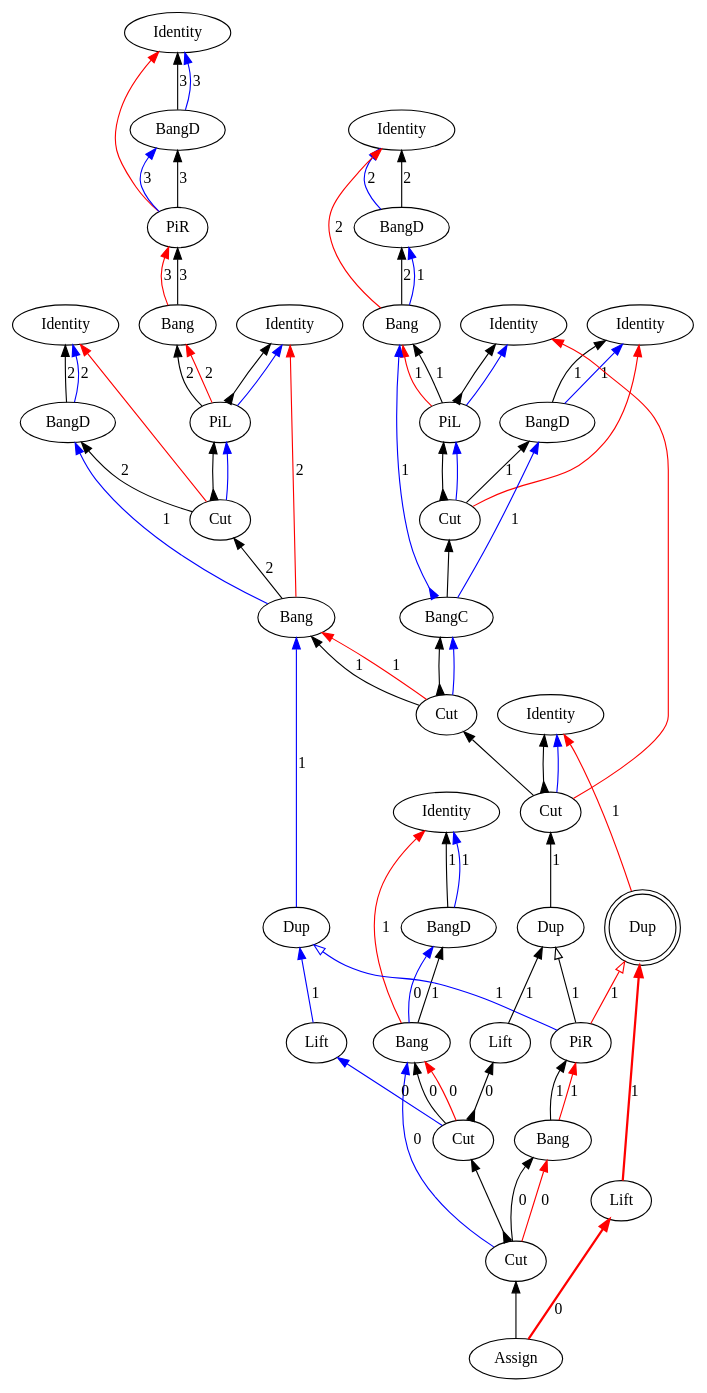
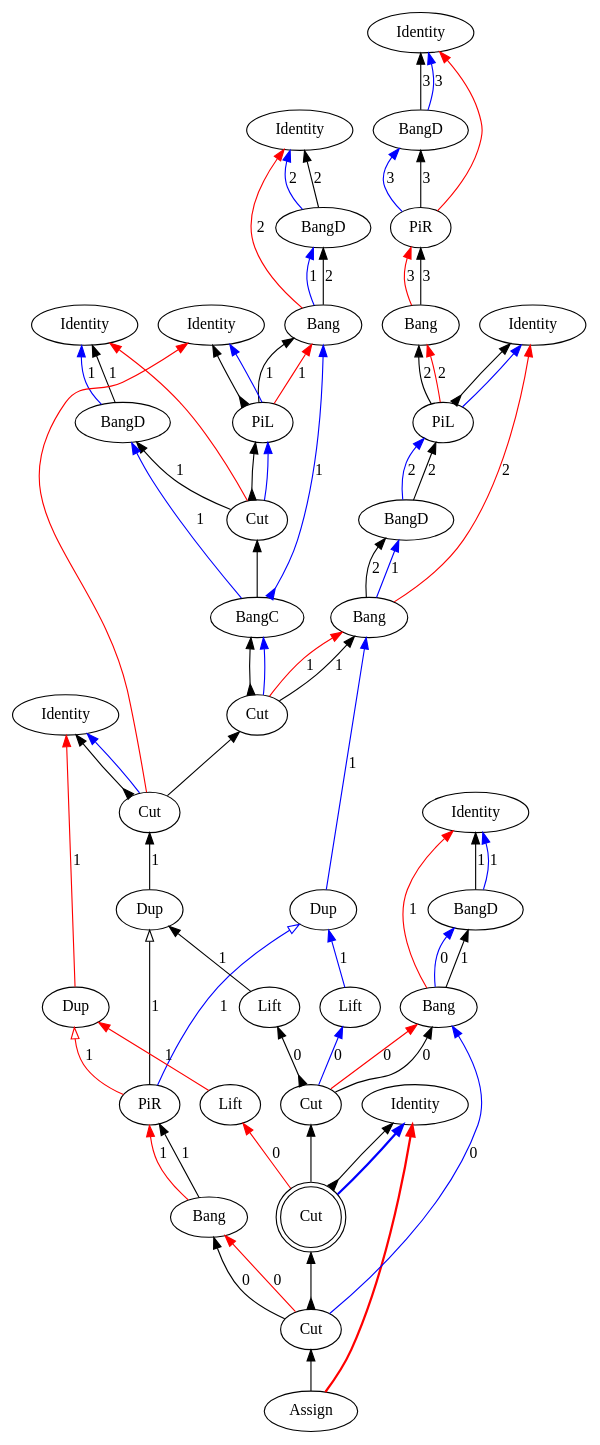
The diagram in src/core/graphs/example_m_12.dot (Mathnerd314/stroscot), drawn with Graphviz before and after one commit. The commit also changed 37 other files, not shown here.

```diff
--- a/src/core/graphs/example_m_12.dot
+++ b/src/core/graphs/example_m_12.dot
@@ -6,106 +6,106 @@
 "Bang3" [label="Bang"]
 "Identity4" [label="Identity"]
 "PiL5" [label="PiL"]
-"Identity6" [label="Identity"]
-"BangD7" [label="BangD"]
-"Cut8" [label="Cut"]
-"Bang9" [label="Bang"]
-"Identity10" [label="Identity"]
-"Identity11" [label="Identity"]
-"BangD12" [label="BangD"]
-"Bang13" [label="Bang"]
+"BangD6" [label="BangD"]
+"Bang7" [label="Bang"]
+"Identity8" [label="Identity"]
+"Identity9" [label="Identity"]
+"BangD10" [label="BangD"]
+"Bang11" [label="Bang"]
+"Identity12" [label="Identity"]
+"PiL13" [label="PiL"]
 "Identity14" [label="Identity"]
-"PiL15" [label="PiL"]
-"Identity16" [label="Identity"]
-"BangD17" [label="BangD"]
-"Cut18" [label="Cut"]
-"BangC19" [label="BangC"]
-"Identity20" [label="Identity"]
-"BangD21" [label="BangD"]
-"Bang22" [label="Bang"]
-"Assign23" [label="Assign"]
+"BangD15" [label="BangD"]
+"Cut16" [label="Cut"]
+"BangC17" [label="BangC"]
+"Identity18" [label="Identity"]
+"BangD19" [label="BangD"]
+"Bang20" [label="Bang"]
+"Identity21" [label="Identity"]
+"Assign22" [label="Assign"]
+"Cut23" [label="Cut"]
 "Cut24" [label="Cut"]
-"Cut25" [label="Cut"]
-"Bang26" [label="Bang"]
-"Cut27" [label="Cut"]
-"PiR28" [label="PiR"]
+"Bang25" [label="Bang"]
+"Cut26" [label="Cut"]
+"PiR27" [label="PiR"]
+"Dup28" [label="Dup"]
 "Dup29" [label="Dup"]
 "Dup30" [label="Dup"]
-"Dup31" [label="Dup",shape=doublecircle]
+"Lift31" [label="Lift"]
 "Lift32" [label="Lift"]
 "Lift33" [label="Lift"]
-"Lift34" [label="Lift"]
-"Cut35" [label="Cut"]
-"Bang22" -> "BangD21"[color=black,weight=5,tooltip="c_bseq24",label="1",arrowhead=normal,arrowtail=none,dir=both]
-"Bang13" -> "BangD12"[color=black,weight=5,tooltip="c_bseq58",label="2",arrowhead=normal,arrowtail=none,dir=both]
-"Bang9" -> "Cut8"[color=black,weight=5,tooltip="c_bseq67",label="2",arrowhead=normal,arrowtail=none,dir=both]
+"Cut34" [label="Cut"]
+"Cut35" [label="Cut",shape=doublecircle]
+"Bang20" -> "BangD19"[color=black,weight=5,tooltip="c_bseq24",label="1",arrowhead=normal,arrowtail=none,dir=both]
+"Bang11" -> "BangD10"[color=black,weight=5,tooltip="c_bseq58",label="2",arrowhead=normal,arrowtail=none,dir=both]
+"Bang7" -> "BangD6"[color=black,weight=5,tooltip="c_bseq67",label="2",arrowhead=normal,arrowtail=none,dir=both]
 "Bang3" -> "PiR2"[color=black,weight=5,tooltip="c_bseq79",label="3",arrowhead=normal,arrowtail=none,dir=both]
-"Bang26" -> "PiR28"[color=black,weight=5,tooltip="c_bseq91",label="1",arrowhead=normal,arrowtail=none,dir=both]
-"Cut18" -> "PiL15"[color=black,weight=5,tooltip="c_lseq46",arrowhead=normal,arrowtail=inv,dir=both]
-"Cut8" -> "PiL5"[color=black,weight=5,tooltip="c_lseq68",arrowhead=normal,arrowtail=inv,dir=both]
-"Cut18" -> "BangD17"[color=black,weight=5,tooltip="c_rseq47",label="1",arrowhead=normal,arrowtail=none,dir=both]
-"Cut8" -> "BangD7"[color=black,weight=5,tooltip="c_rseq69",label="2",arrowhead=normal,arrowtail=none,dir=both]
-"Cut35" -> "Bang22"[color=black,weight=5,tooltip="dseq20",label="0",arrowhead=normal,arrowtail=none,dir=both]
-"PiL15" -> "Bang13"[color=black,weight=5,tooltip="dseq54",label="1",arrowhead=normal,arrowtail=none,dir=both]
-"Cut24" -> "Bang9"[color=black,weight=5,tooltip="dseq63",label="1",arrowhead=normal,arrowtail=none,dir=both]
+"Bang25" -> "PiR27"[color=black,weight=5,tooltip="c_bseq91",label="1",arrowhead=normal,arrowtail=none,dir=both]
+"Cut16" -> "PiL13"[color=black,weight=5,tooltip="c_lseq46",arrowhead=normal,arrowtail=inv,dir=both]
+"Cut16" -> "BangD15"[color=black,weight=5,tooltip="c_rseq47",label="1",arrowhead=normal,arrowtail=none,dir=both]
+"Cut34" -> "Bang20"[color=black,weight=5,tooltip="dseq20",label="0",arrowhead=normal,arrowtail=none,dir=both]
+"PiL13" -> "Bang11"[color=black,weight=5,tooltip="dseq54",label="1",arrowhead=normal,arrowtail=none,dir=both]
+"Cut23" -> "Bang7"[color=black,weight=5,tooltip="dseq63",label="1",arrowhead=normal,arrowtail=none,dir=both]
 "PiL5" -> "Bang3"[color=black,weight=5,tooltip="dseq76",label="2",arrowhead=normal,arrowtail=none,dir=both]
-"Cut27" -> "Bang26"[color=black,weight=5,tooltip="dseq93",label="0",arrowhead=normal,arrowtail=none,dir=both]
-"Lift33" -> "Dup30"[color=blue,weight=2,tooltip="h101",label="1",arrowhead=normal,arrowtail=none,dir=both]
-"PiR28" -> "Dup30"[color=blue,weight=2,tooltip="h105",label="1",arrowhead=onormal,arrowtail=none,dir=both]
-"Cut35" -> "Lift33"[color=blue,weight=2,tooltip="h109",label="0",arrowhead=normal,arrowtail=none,dir=both]
-"Dup30" -> "Bang9"[color=blue,weight=2,tooltip="h34",label="1",arrowhead=normal,arrowtail=none,dir=both]
-"Bang9" -> "BangD7"[color=blue,weight=2,tooltip="hf65",label="1",arrowhead=normal,arrowtail=none,dir=both]
-"BangD7" -> "Identity6"[color=blue,weight=2,tooltip="hret73",label="2",arrowhead=normal,arrowtail=none,dir=both]
-"BangD7" -> "Identity6"[color=black,weight=5,tooltip="hseq72",label="2",arrowhead=normal,arrowtail=none,dir=both]
+"Cut26" -> "Bang25"[color=black,weight=5,tooltip="dseq93",label="0",arrowhead=normal,arrowtail=none,dir=both]
+"Lift32" -> "Dup29"[color=blue,weight=2,tooltip="h101",label="1",arrowhead=normal,arrowtail=none,dir=both]
+"PiR27" -> "Dup29"[color=blue,weight=2,tooltip="h105",label="1",arrowhead=onormal,arrowtail=none,dir=both]
+"Cut34" -> "Lift32"[color=blue,weight=2,tooltip="h109",label="0",arrowhead=normal,arrowtail=none,dir=both]
+"Dup29" -> "Bang7"[color=blue,weight=2,tooltip="h34",label="1",arrowhead=normal,arrowtail=none,dir=both]
+"Bang7" -> "BangD6"[color=blue,weight=2,tooltip="hf65",label="1",arrowhead=normal,arrowtail=none,dir=both]
+"BangD6" -> "PiL5"[color=black,weight=5,tooltip="hseq72",label="2",arrowhead=normal,arrowtail=none,dir=both]
 "PiR2" -> "BangD1"[color=blue,weight=2,tooltip="i81",label="3",arrowhead=normal,arrowtail=none,dir=both]
-"PiL15" -> "Identity14"[color=black,weight=5,tooltip="idseq55",arrowhead=normal,arrowtail=inv,dir=both]
-"Cut25" -> "Identity10"[color=black,weight=5,tooltip="idseq64",arrowhead=normal,arrowtail=inv,dir=both]
+"Cut35" -> "Identity21"[color=black,weight=5,tooltip="idseq21",arrowhead=normal,arrowtail=inv,dir=both]
+"PiL13" -> "Identity12"[color=black,weight=5,tooltip="idseq55",arrowhead=normal,arrowtail=inv,dir=both]
+"Cut24" -> "Identity8"[color=black,weight=5,tooltip="idseq64",arrowhead=normal,arrowtail=inv,dir=both]
 "PiL5" -> "Identity4"[color=black,weight=5,tooltip="idseq77",arrowhead=normal,arrowtail=inv,dir=both]
 "BangD1" -> "Identity0"[color=blue,weight=2,tooltip="iret84",label="3",arrowhead=normal,arrowtail=none,dir=both]
 "BangD1" -> "Identity0"[color=black,weight=5,tooltip="iseq83",label="3",arrowhead=normal,arrowtail=none,dir=both]
-"PiL15" -> "Identity14"[color=blue,weight=2,tooltip="lret53",arrowhead=normal,arrowtail=none,dir=both]
-"Cut25" -> "Identity10"[color=blue,weight=2,tooltip="lret62",arrowhead=normal,arrowtail=none,dir=both]
+"Cut35" -> "Identity21"[color=blue,weight=2,tooltip="lret19",arrowhead=normal,arrowtail=none,penwidth=2,dir=both]
+"PiL13" -> "Identity12"[color=blue,weight=2,tooltip="lret53",arrowhead=normal,arrowtail=none,dir=both]
+"Cut24" -> "Identity8"[color=blue,weight=2,tooltip="lret62",arrowhead=normal,arrowtail=none,dir=both]
 "PiL5" -> "Identity4"[color=blue,weight=2,tooltip="lret75",arrowhead=normal,arrowtail=none,dir=both]
-"Cut18" -> "PiL15"[color=blue,weight=2,tooltip="lval48",arrowhead=normal,arrowtail=none,dir=both]
-"Cut8" -> "PiL5"[color=blue,weight=2,tooltip="lval70",arrowhead=normal,arrowtail=none,dir=both]
-"Cut35" -> "Bang22"[color=red,weight=2,tooltip="newrret18",label="0",arrowhead=normal,arrowtail=none,dir=both]
-"PiL15" -> "Bang13"[color=red,weight=2,tooltip="newrret52",label="1",arrowhead=normal,arrowtail=none,dir=both]
-"Cut24" -> "Bang9"[color=red,weight=2,tooltip="newrret61",label="1",arrowhead=normal,arrowtail=none,dir=both]
+"Cut16" -> "PiL13"[color=blue,weight=2,tooltip="lval48",arrowhead=normal,arrowtail=none,dir=both]
+"BangD6" -> "PiL5"[color=blue,weight=2,tooltip="lval70",label="2",arrowhead=normal,arrowtail=none,dir=both]
+"Cut34" -> "Bang20"[color=red,weight=2,tooltip="newrret18",label="0",arrowhead=normal,arrowtail=none,dir=both]
+"PiL13" -> "Bang11"[color=red,weight=2,tooltip="newrret52",label="1",arrowhead=normal,arrowtail=none,dir=both]
+"Cut23" -> "Bang7"[color=red,weight=2,tooltip="newrret61",label="1",arrowhead=normal,arrowtail=none,dir=both]
 "PiL5" -> "Bang3"[color=red,weight=2,tooltip="newrret74",label="2",arrowhead=normal,arrowtail=none,dir=both]
-"Cut27" -> "Bang26"[color=red,weight=2,tooltip="newrret94",label="0",arrowhead=normal,arrowtail=none,dir=both]
-"Bang22" -> "Identity20"[color=red,weight=2,tooltip="newrretf23",label="1",arrowhead=normal,arrowtail=none,dir=both]
-"Bang13" -> "Identity11"[color=red,weight=2,tooltip="newrretf57",label="2",arrowhead=normal,arrowtail=none,dir=both]
-"Bang9" -> "Identity4"[color=red,weight=2,tooltip="newrretf66",label="2",arrowhead=normal,arrowtail=none,dir=both]
+"Cut26" -> "Bang25"[color=red,weight=2,tooltip="newrret94",label="0",arrowhead=normal,arrowtail=none,dir=both]
+"Bang20" -> "Identity18"[color=red,weight=2,tooltip="newrretf23",label="1",arrowhead=normal,arrowtail=none,dir=both]
+"Bang11" -> "Identity9"[color=red,weight=2,tooltip="newrretf57",label="2",arrowhead=normal,arrowtail=none,dir=both]
+"Bang7" -> "Identity4"[color=red,weight=2,tooltip="newrretf66",label="2",arrowhead=normal,arrowtail=none,dir=both]
 "Bang3" -> "PiR2"[color=red,weight=2,tooltip="newrretf78",label="3",arrowhead=normal,arrowtail=none,dir=both]
-"Bang26" -> "PiR28"[color=red,weight=2,tooltip="newrretf92",label="1",arrowhead=normal,arrowtail=none,dir=both]
-"Lift34" -> "Dup31"[color=red,weight=2,tooltip="ret102",label="1",arrowhead=normal,arrowtail=none,penwidth=2,dir=both]
-"PiR28" -> "Dup31"[color=red,weight=2,tooltip="ret106",label="1",arrowhead=onormal,arrowtail=none,dir=both]
-"Assign23" -> "Lift34"[color=red,weight=2,tooltip="ret110",label="0",arrowhead=normal,arrowtail=none,penwidth=2,dir=both]
-"Dup31" -> "Identity10"[color=red,weight=2,tooltip="ret35",label="1",arrowhead=normal,arrowtail=none,dir=both]
-"Cut25" -> "Identity14"[color=red,weight=2,tooltip="ret42",arrowhead=normal,arrowtail=none,dir=both]
+"Bang25" -> "PiR27"[color=red,weight=2,tooltip="newrretf92",label="1",arrowhead=normal,arrowtail=none,dir=both]
+"Lift33" -> "Dup30"[color=red,weight=2,tooltip="ret102",label="1",arrowhead=normal,arrowtail=none,dir=both]
+"PiR27" -> "Dup30"[color=red,weight=2,tooltip="ret106",label="1",arrowhead=onormal,arrowtail=none,dir=both]
+"Cut35" -> "Lift33"[color=red,weight=2,tooltip="ret110",label="0",arrowhead=normal,arrowtail=none,dir=both]
+"Dup30" -> "Identity8"[color=red,weight=2,tooltip="ret35",label="1",arrowhead=normal,arrowtail=none,dir=both]
+"Cut24" -> "Identity12"[color=red,weight=2,tooltip="ret42",arrowhead=normal,arrowtail=none,dir=both]
+"Assign22" -> "Identity21"[color=red,weight=2,tooltip="ret8",arrowhead=normal,arrowtail=none,penwidth=2,dir=both]
 "PiR2" -> "Identity0"[color=red,weight=2,tooltip="ret82",arrowhead=normal,arrowtail=none,dir=both]
-"Assign23" -> "Cut27"[color=black,weight=5,tooltip="retseq0",arrowhead=normal,arrowtail=none,dir=both]
-"Cut18" -> "Identity16"[color=red,weight=2,tooltip="rval49",arrowhead=normal,arrowtail=none,dir=both]
-"Cut8" -> "Identity6"[color=red,weight=2,tooltip="rval71",arrowhead=normal,arrowtail=none,dir=both]
-"Lift32" -> "Dup29"[color=black,weight=5,tooltip="seq100",label="1",arrowhead=normal,arrowtail=none,dir=both]
-"PiR28" -> "Dup29"[color=black,weight=5,tooltip="seq104",label="1",arrowhead=onormal,arrowtail=none,dir=both]
-"Cut35" -> "Lift32"[color=black,weight=5,tooltip="seq108",label="0",arrowhead=normal,arrowtail=inv,dir=both]
-"Dup29" -> "Cut25"[color=black,weight=5,tooltip="seq33",label="1",arrowhead=normal,arrowtail=none,dir=both]
-"Cut24" -> "BangC19"[color=black,weight=5,tooltip="seq40",arrowhead=normal,arrowtail=inv,dir=both]
-"BangC19" -> "Cut18"[color=black,weight=5,tooltip="seq45",arrowhead=normal,arrowtail=none,dir=both]
+"Assign22" -> "Cut26"[color=black,weight=5,tooltip="retseq0",arrowhead=normal,arrowtail=none,dir=both]
+"Cut16" -> "Identity14"[color=red,weight=2,tooltip="rval49",arrowhead=normal,arrowtail=none,dir=both]
+"Lift31" -> "Dup28"[color=black,weight=5,tooltip="seq100",label="1",arrowhead=normal,arrowtail=none,dir=both]
+"PiR27" -> "Dup28"[color=black,weight=5,tooltip="seq104",label="1",arrowhead=onormal,arrowtail=none,dir=both]
+"Cut34" -> "Lift31"[color=black,weight=5,tooltip="seq108",label="0",arrowhead=normal,arrowtail=inv,dir=both]
+"Dup28" -> "Cut24"[color=black,weight=5,tooltip="seq33",label="1",arrowhead=normal,arrowtail=none,dir=both]
+"Cut23" -> "BangC17"[color=black,weight=5,tooltip="seq40",arrowhead=normal,arrowtail=inv,dir=both]
+"BangC17" -> "Cut16"[color=black,weight=5,tooltip="seq45",arrowhead=normal,arrowtail=none,dir=both]
 "PiR2" -> "BangD1"[color=black,weight=5,tooltip="seq80",label="3",arrowhead=normal,arrowtail=none,dir=both]
-"Cut27" -> "Cut35"[color=black,weight=5,tooltip="seqBC95",arrowhead=normal,arrowtail=inv,dir=both]
-"Cut25" -> "Cut24"[color=black,weight=5,tooltip="seqP86",arrowhead=normal,arrowtail=none,dir=both]
-"Cut27" -> "Bang22"[color=blue,weight=2,tooltip="xB10",label="0",arrowhead=normal,arrowtail=none,dir=both]
-"Bang22" -> "BangD21"[color=blue,weight=2,tooltip="xBf22",label="0",arrowhead=normal,arrowtail=none,dir=both]
-"BangD21" -> "Identity20"[color=blue,weight=2,tooltip="xret26",label="1",arrowhead=normal,arrowtail=none,dir=both]
-"BangD21" -> "Identity20"[color=black,weight=5,tooltip="xseq25",label="1",arrowhead=normal,arrowtail=none,dir=both]
-"Cut24" -> "BangC19"[color=blue,weight=2,tooltip="y41",arrowhead=normal,arrowtail=none,dir=both]
-"BangC19" -> "BangD17"[color=blue,weight=2,tooltip="yA43",label="1",arrowhead=normal,arrowtail=none,dir=both]
-"BangC19" -> "Bang13"[color=blue,weight=2,tooltip="yB44",label="1",arrowhead=normal,arrowtail=inv,dir=both]
-"Bang13" -> "BangD12"[color=blue,weight=2,tooltip="yBf56",label="1",arrowhead=normal,arrowtail=none,dir=both]
-"BangD17" -> "Identity16"[color=blue,weight=2,tooltip="yret51",label="1",arrowhead=normal,arrowtail=none,dir=both]
-"BangD12" -> "Identity11"[color=blue,weight=2,tooltip="yret60",label="2",arrowhead=normal,arrowtail=none,dir=both]
-"BangD17" -> "Identity16"[color=black,weight=5,tooltip="yseq50",label="1",arrowhead=normal,arrowtail=none,dir=both]
-"BangD12" -> "Identity11"[color=black,weight=5,tooltip="yseq59",label="2",arrowhead=normal,arrowtail=none,dir=both]
+"Cut26" -> "Cut35"[color=black,weight=5,tooltip="seqBC95",arrowhead=normal,arrowtail=inv,dir=both]
+"Cut35" -> "Cut34"[color=black,weight=5,tooltip="seqP112",arrowhead=normal,arrowtail=none,dir=both]
+"Cut24" -> "Cut23"[color=black,weight=5,tooltip="seqP86",arrowhead=normal,arrowtail=none,dir=both]
+"Cut26" -> "Bang20"[color=blue,weight=2,tooltip="xB10",label="0",arrowhead=normal,arrowtail=none,dir=both]
+"Bang20" -> "BangD19"[color=blue,weight=2,tooltip="xBf22",label="0",arrowhead=normal,arrowtail=none,dir=both]
+"BangD19" -> "Identity18"[color=blue,weight=2,tooltip="xret26",label="1",arrowhead=normal,arrowtail=none,dir=both]
+"BangD19" -> "Identity18"[color=black,weight=5,tooltip="xseq25",label="1",arrowhead=normal,arrowtail=none,dir=both]
+"Cut23" -> "BangC17"[color=blue,weight=2,tooltip="y41",arrowhead=normal,arrowtail=none,dir=both]
+"BangC17" -> "BangD15"[color=blue,weight=2,tooltip="yA43",label="1",arrowhead=normal,arrowtail=none,dir=both]
+"BangC17" -> "Bang11"[color=blue,weight=2,tooltip="yB44",label="1",arrowhead=normal,arrowtail=inv,dir=both]
+"Bang11" -> "BangD10"[color=blue,weight=2,tooltip="yBf56",label="1",arrowhead=normal,arrowtail=none,dir=both]
+"BangD15" -> "Identity14"[color=blue,weight=2,tooltip="yret51",label="1",arrowhead=normal,arrowtail=none,dir=both]
+"BangD10" -> "Identity9"[color=blue,weight=2,tooltip="yret60",label="2",arrowhead=normal,arrowtail=none,dir=both]
+"BangD15" -> "Identity14"[color=black,weight=5,tooltip="yseq50",label="1",arrowhead=normal,arrowtail=none,dir=both]
+"BangD10" -> "Identity9"[color=black,weight=5,tooltip="yseq59",label="2",arrowhead=normal,arrowtail=none,dir=both]
 }
```
